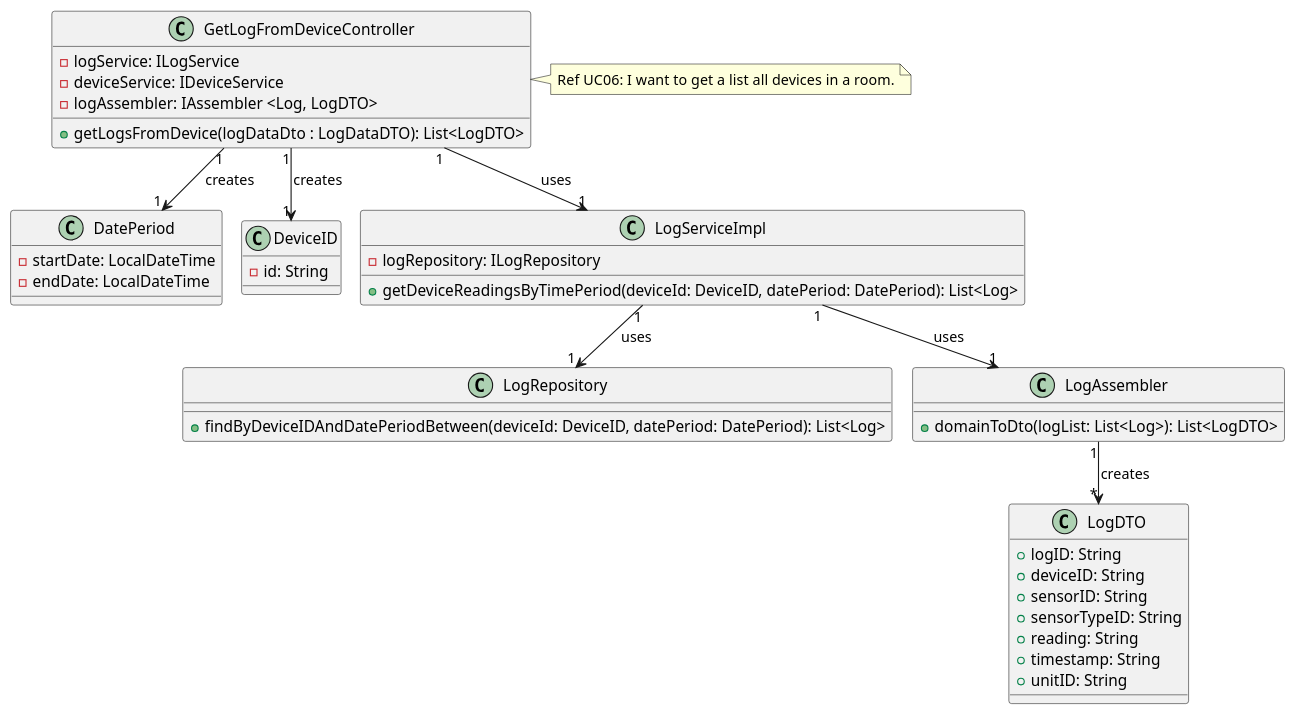
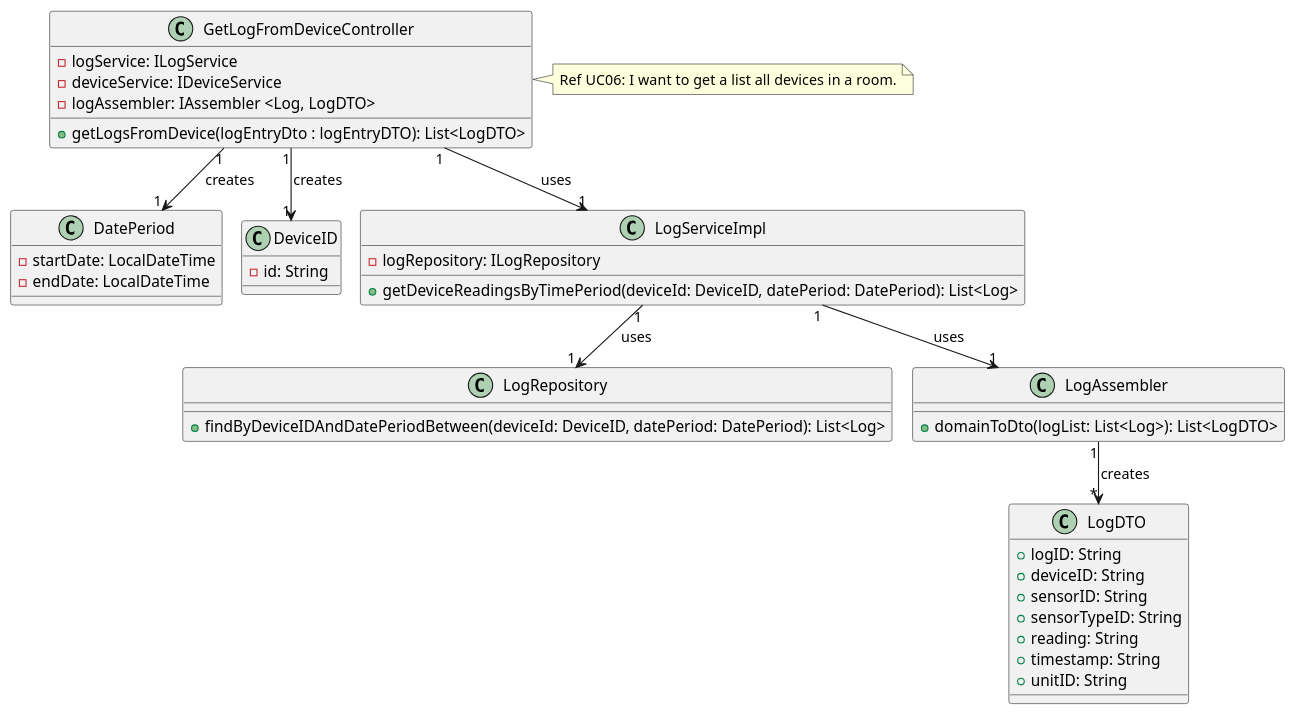
The diagram in docs/useCases/uc11_toGetLogFromDevice/artifacts/uc11_CD.puml (olivDiogo/SmartHome), drawn with PlantUML before and after one commit. The commit also changed other lines of this file and 13 other files, not shown here.

```diff
--- a/docs/useCases/uc11_toGetLogFromDevice/artifacts/uc11_CD.puml
+++ b/docs/useCases/uc11_toGetLogFromDevice/artifacts/uc11_CD.puml
@@ -10,58 +1,58 @@
 @startuml
 !pragma layout smetana
 
 class GetLogFromDeviceController {
 
  - logService: ILogService
  - deviceService: IDeviceService
  - logAssembler: IAssembler <Log, LogDTO>
 
  '+ GetLogFromDeviceController(logService: ILogService, deviceService: IDeviceService, logAssembler: IAssembler <Log, LogDTO>, roomService: IRoomService, roomAssembler: IAssembler <Room, RoomDTO>, deviceAssembler: IAssembler <Device, DeviceDTO>)
- + getLogsFromDevice(logDataDto : LogDataDTO): List<LogDTO>
+ + getLogsFromDevice(logEntryDto : logEntryDTO): List<LogDTO>
 }
 
 note right of GetLogFromDeviceController: Ref UC06:  I want to get a list all devices in a room.
 
 class DatePeriod {
  - startDate: LocalDateTime
  - endDate: LocalDateTime
 }
 
 class DeviceID {
  - id: String
 }
 
 class LogServiceImpl {
 - logRepository: ILogRepository
 '+ LogServiceImpl(logRepository: ILogRepository)
 + getDeviceReadingsByTimePeriod(deviceId: DeviceID, datePeriod: DatePeriod): List<Log>
 }
 
 class LogRepository {
 
 + findByDeviceIDAndDatePeriodBetween(deviceId: DeviceID, datePeriod: DatePeriod): List<Log>
 }
 
 class LogAssembler {
 + domainToDto(logList: List<Log>): List<LogDTO>
 }
 
 class LogDTO {
 + logID: String
 + deviceID: String
 + sensorID: String
 + sensorTypeID: String
 + reading: String
 + timestamp: String
 + unitID: String
 }
 
 
 GetLogFromDeviceController "1" -down-> "1" LogServiceImpl : uses
 GetLogFromDeviceController "1" --> "1" DatePeriod : creates
 GetLogFromDeviceController "1" --> "1" DeviceID : creates
 LogServiceImpl "1" -down-> "1" LogRepository : uses
 LogServiceImpl "1" -down-> "1" LogAssembler : uses
 LogAssembler "1" -down-> "*" LogDTO : creates
 
 @enduml
```
